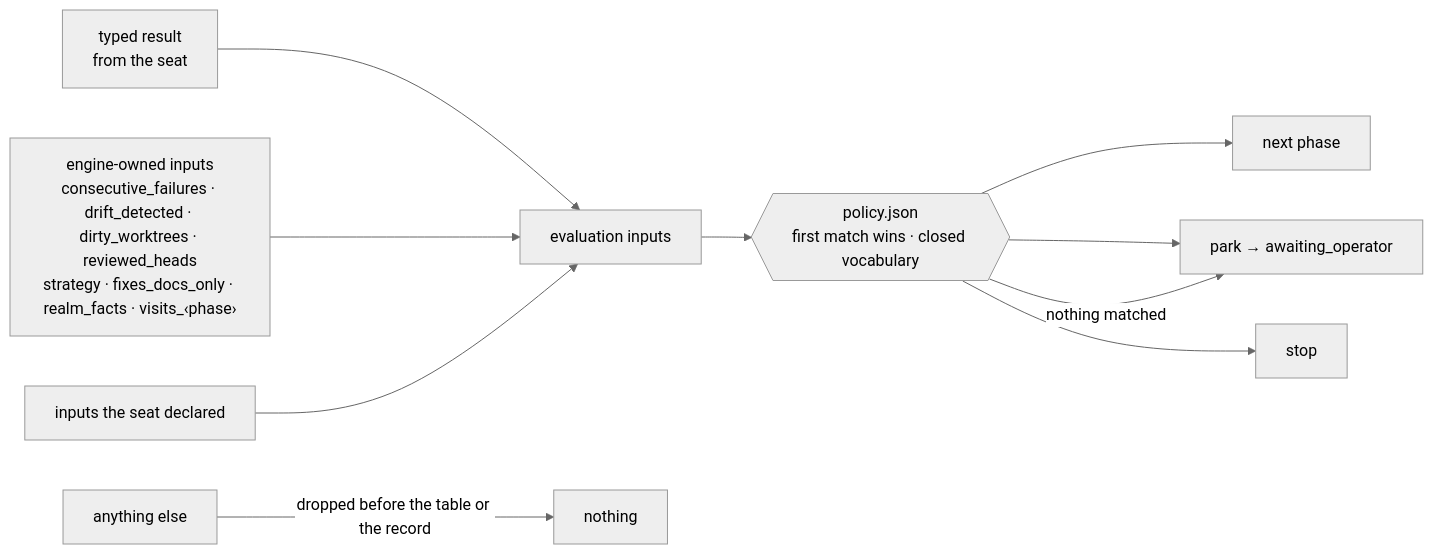
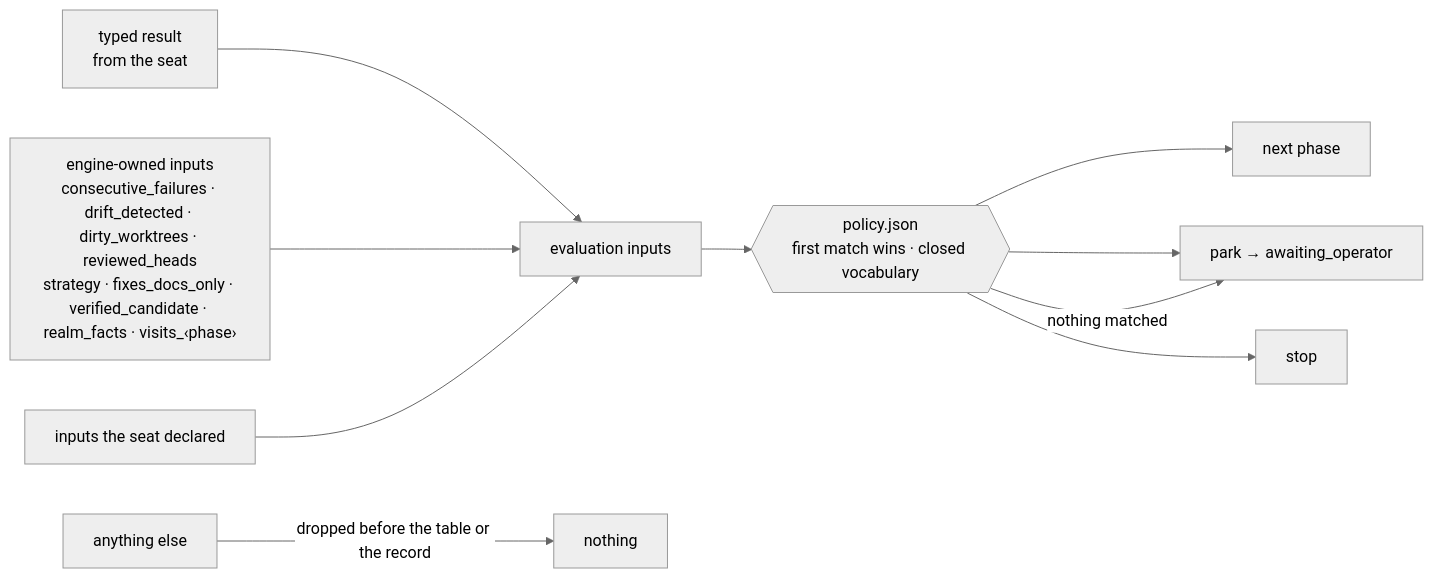
Before and after one commit to feedback-loop-ai/brokkr: the fifth of 8 diagrams in ARCHITECTURE.md, drawn with Mermaid (neutral theme). The commit also changed 13 other files, not shown here.

````diff
--- a/ARCHITECTURE.md
+++ b/ARCHITECTURE.md
@@ -131,12 +131,12 @@
 ```mermaid
 flowchart LR
   result["typed result<br/>from the seat"] --> inputs
-  engine["engine-owned inputs<br/>consecutive_failures · drift_detected · dirty_worktrees · reviewed_heads<br/>strategy · fixes_docs_only · realm_facts · visits_‹phase›"] --> inputs
+  engine["engine-owned inputs<br/>consecutive_failures · drift_detected · dirty_worktrees · reviewed_heads<br/>strategy · fixes_docs_only · verified_candidate · realm_facts · visits_‹phase›"] --> inputs
   declared["inputs the seat declared"] --> inputs
   other["anything else"] -- "dropped before the table or the record" --> bin["nothing"]
   inputs["evaluation inputs"] --> table{{"policy.json<br/>first match wins · closed vocabulary"}}
   table --> next["next phase"]
   table --> park["park → awaiting_operator"]
   table --> stop["stop"]
   table -- "nothing matched" --> park
 ```
````
